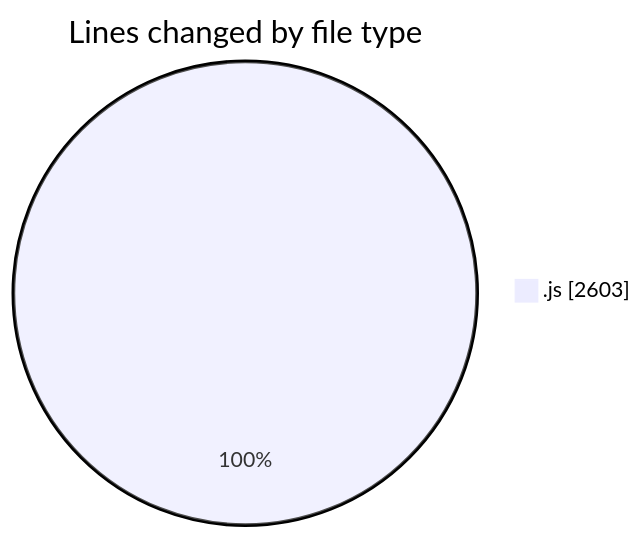
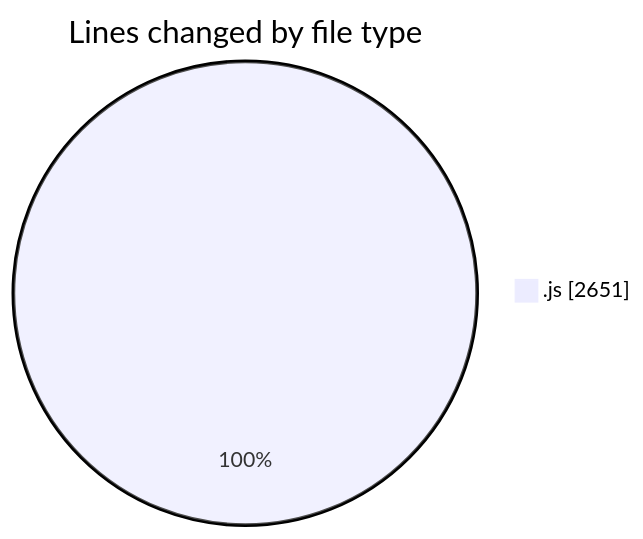
One commit to nxtqubesakshisongat/code-tracking changed the first of 2 diagrams in 2025-09-03/nxtqube_webapp/README.md. Above: the diagram before and after it, drawn with Mermaid. The commit also changed other lines of this file and 1 other file, not shown here.

````diff
--- a/2025-09-03/nxtqube_webapp/README.md
+++ b/2025-09-03/nxtqube_webapp/README.md
@@ -20,5 +20,5 @@
 ```mermaid
 pie showData
 title Lines changed by file type
-".js" : 2603
+".js" : 2651
 ```
````
